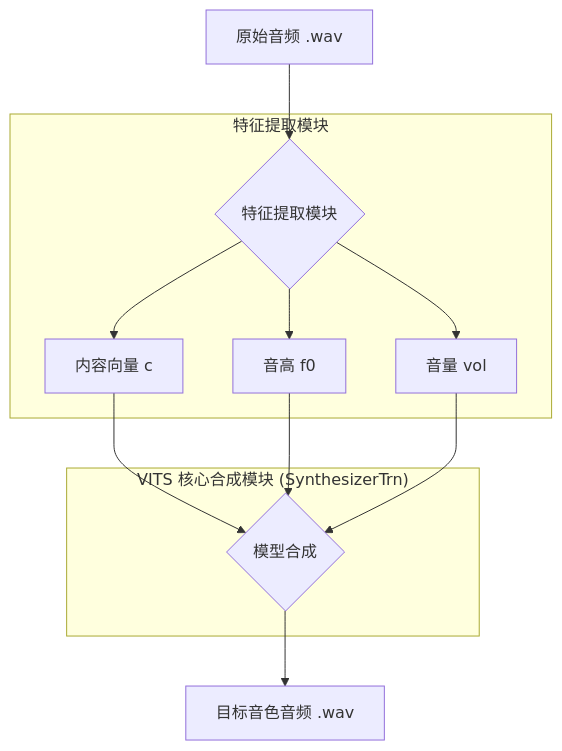
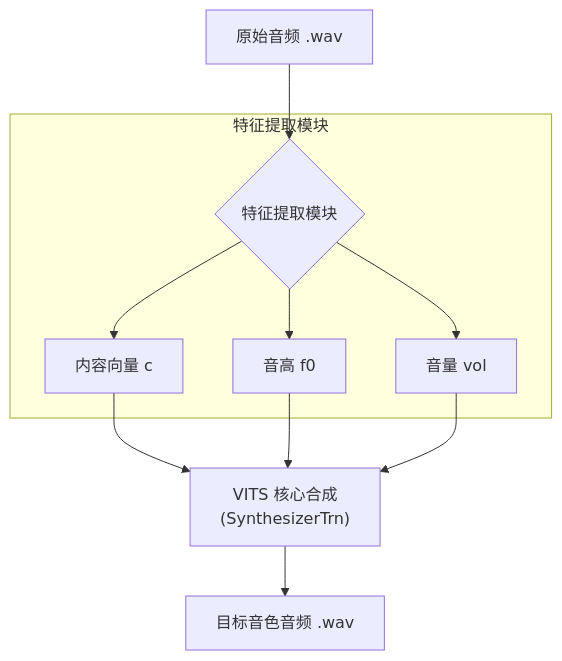
The first of 5 diagrams in So-VITS-SVC 4.1 流程图与模型详解.md (liqilun1008/sovitsvrc), drawn with Mermaid before and after one commit. The commit also changed other lines of this file, not shown here.

Commit message:
Update So-VITS-SVC 4.1 流程图与模型详解.md

````diff
--- a/So-VITS-SVC 4.1 流程图与模型详解.md
+++ b/So-VITS-SVC 4.1 流程图与模型详解.md
@@ -13,17 +13,14 @@
 ```mermaid
 graph TD
     A[原始音频 .wav] --> B{特征提取模块};
     
     subgraph 特征提取模块
       B --> C[内容向量 c];
       B --> D[音高 f0];
       B --> E[音量 vol];
     end
 
-    subgraph "VITS 核心合成模块 (SynthesizerTrn)"
-        F{"模型合成"};
-    end
-
-    C & D & E --> F;
+    C & D & E --> F["VITS 核心合成<br>(SynthesizerTrn)"];
+    
     F --> G[目标音色音频 .wav];
 ```
````
